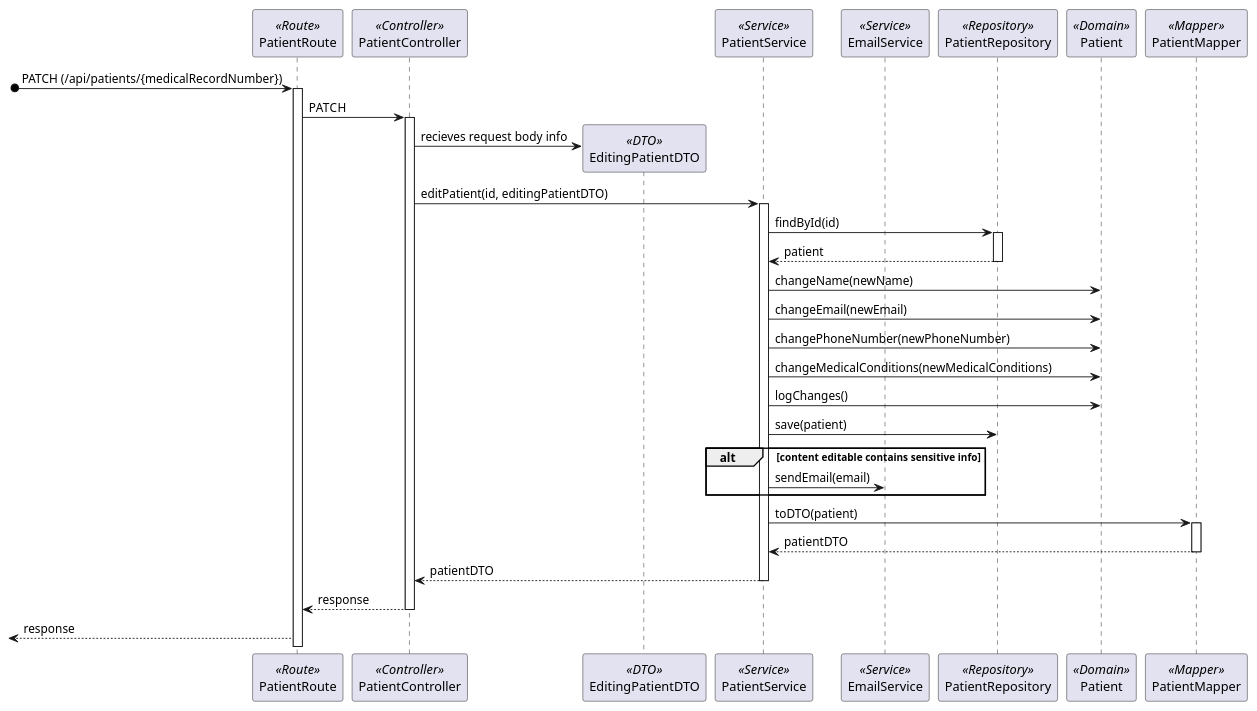
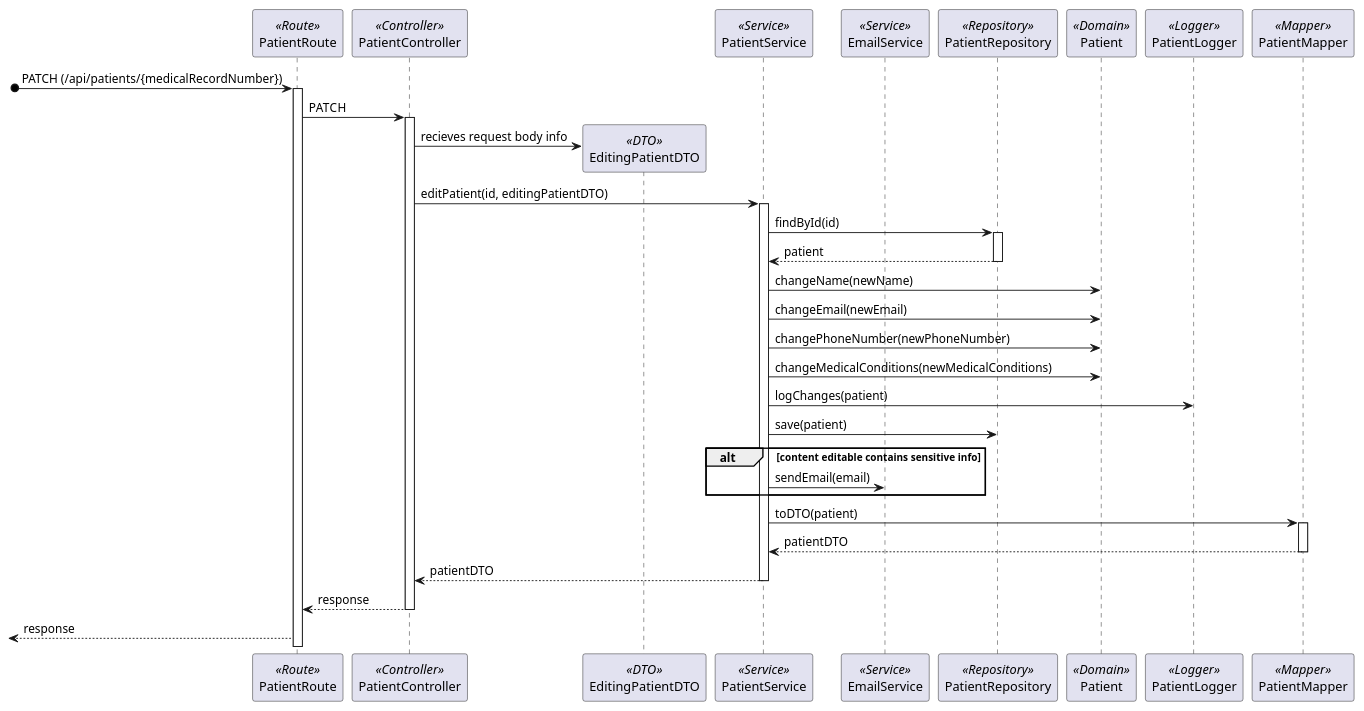
One commit to Rodrick0209/ISEP-SEM5PI-24-25 changed the diagram in docs/Sprint_1/US_5.1.9/L3/Process_View.puml. Above: the diagram before and after it, drawn with PlantUML. The commit also changed 1 other file, not shown here.

```diff
--- a/docs/Sprint_1/US_5.1.9/L3/Process_View.puml
+++ b/docs/Sprint_1/US_5.1.9/L3/Process_View.puml
@@ -2,38 +2,39 @@
 @startuml Process_View
 participant PatientRoute as Route <<Route>>
 participant PatientController as Controller <<Controller>>
 participant EditingPatientDTO as DTO <<DTO>>
 participant PatientService as Service <<Service>>
 participant EmailService as EmailService <<Service>>
 participant PatientRepository as Repository <<Repository>>
 participant Patient as Domain <<Domain>>
+participant PatientLogger as Logger <<Logger>>
 participant PatientMapper as Mapper <<Mapper>>
 [o-> Route: PATCH (/api/patients/{medicalRecordNumber})
 activate Route
 Route -> Controller : PATCH
 activate Controller
 Controller -> DTO** : recieves request body info
 Controller -> Service : editPatient(id, editingPatientDTO)
 activate Service
 Service -> Repository : findById(id)
 activate Repository
 return patient
 Service -> Domain : changeName(newName)
 Service -> Domain : changeEmail(newEmail)
 Service -> Domain : changePhoneNumber(newPhoneNumber)
 Service -> Domain : changeMedicalConditions(newMedicalConditions)
-Service -> Domain : logChanges()
+Service -> Logger : logChanges(patient)
 Service -> Repository : save(patient)
 alt content editable contains sensitive info
     Service -> EmailService : sendEmail(email)
 end
 Service -> Mapper : toDTO(patient)
 activate Mapper
 return patientDTO
 Service --> Controller : patientDTO
 deactivate Service
 Controller --> Route : response
 deactivate Controller
 <-- Route : response
 
 @enduml
```
